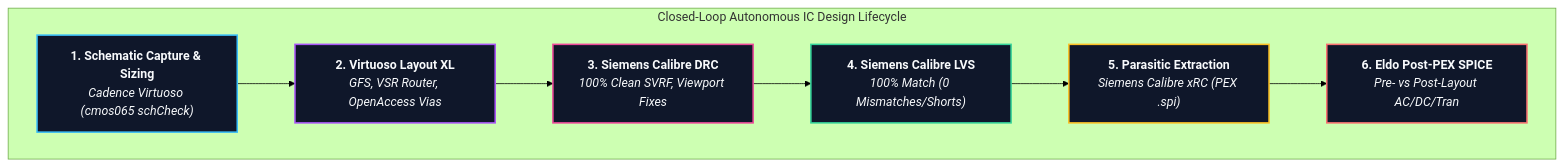
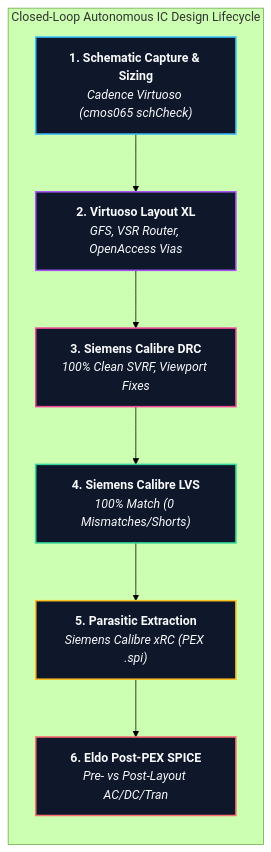
The first of 5 diagrams in README.md (SiliCAD/EDA_MCP), drawn with Mermaid (forest theme) before and after one commit.

````diff
--- a/README.md
+++ b/README.md
@@ -36,18 +36,17 @@
 ```mermaid
 flowchart LR
     subgraph Flow["Closed-Loop Autonomous IC Design Lifecycle"]
-        direction LR
         S1["<b>1. Schematic Capture & Sizing</b><br/><i>Cadence Virtuoso (cmos065 schCheck)</i>"] --> S2["<b>2. Virtuoso Layout XL</b><br/><i>GFS, VSR Router, OpenAccess Vias</i>"]
         S2 --> S3["<b>3. Siemens Calibre DRC</b><br/><i>100% Clean SVRF, Viewport Fixes</i>"]
         S3 --> S4["<b>4. Siemens Calibre LVS</b><br/><i>100% Match (0 Mismatches/Shorts)</i>"]
         S4 --> S5["<b>5. Parasitic Extraction</b><br/><i>Siemens Calibre xRC (PEX .spi)</i>"]
         S5 --> S6["<b>6. Eldo Post-PEX SPICE</b><br/><i>Pre- vs Post-Layout AC/DC/Tran</i>"]
     end
 
     style S1 fill:#0f172a,stroke:#38bdf8,stroke-width:2px,color:#f8fafc
     style S2 fill:#0f172a,stroke:#a855f7,stroke-width:2px,color:#f8fafc
     style S3 fill:#0f172a,stroke:#ec4899,stroke-width:2px,color:#f8fafc
     style S4 fill:#0f172a,stroke:#34d399,stroke-width:2px,color:#f8fafc
     style S5 fill:#0f172a,stroke:#fbbf24,stroke-width:2px,color:#f8fafc
     style S6 fill:#0f172a,stroke:#f87171,stroke-width:2px,color:#f8fafc
 ```
````
